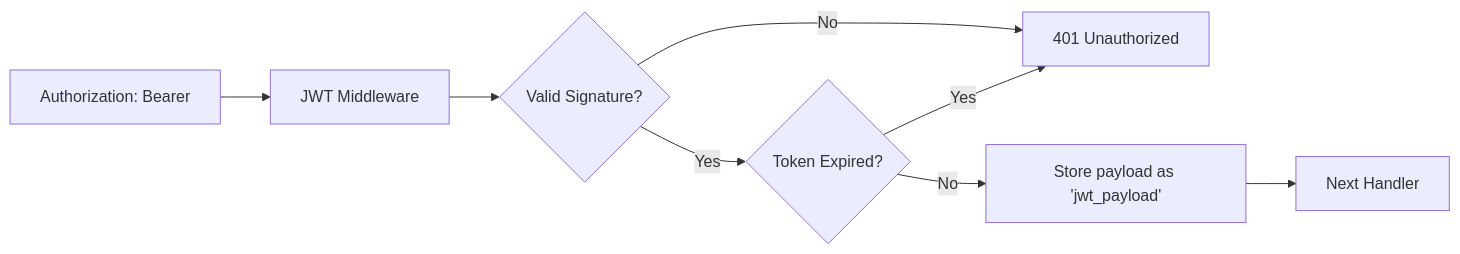
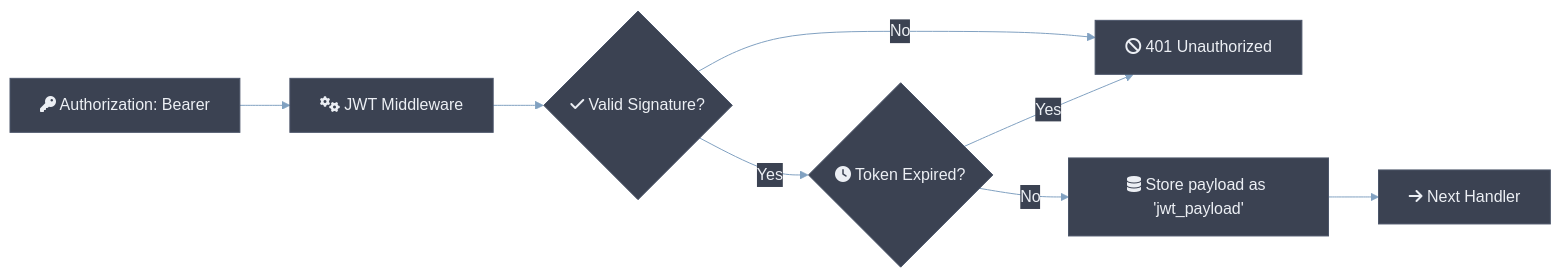
The diagram in docs/module-design/middleware.md (quintin-lee/csilk), drawn with Mermaid before and after one commit. The commit also changed other lines of this file and 30 other files, not shown here.

Commit message:
docs(docs): 📝 apply Nord Mermaid theme, RFC 2119 keywords, and quantified metrics to all docs

````diff
--- a/docs/module-design/middleware.md
+++ b/docs/module-design/middleware.md
@@ -39,10 +39,32 @@
 ```mermaid
+%%{init: {
+  'theme': 'base',
+  'themeVariables': {
+    'background': '#2E3440',
+    'primaryColor': '#81A1C1',
+    'primaryBorderColor': '#4C566A',
+    'primaryTextColor': '#ECEFF4',
+    'secondaryColor': '#3B4252',
+    'secondaryBorderColor': '#434C5E',
+    'secondaryTextColor': '#D8DEE9',
+    'lineColor': '#81A1C1',
+    'textColor': '#ECEFF4',
+    'mainBkg': '#3B4252',
+    'nodeBorder': '#4C566A',
+    'clusterBkg': '#2E3440',
+    'clusterBorder': '#4C566A',
+    'titleColor': '#ECEFF4',
+    'edgeLabelBackground': '#3B4252',
+    'nodeTextColor': '#ECEFF4'
+  },
+  'flowchart': {'htmlLabels': true, 'curve': 'basis'}
+}}%%
 flowchart LR
-    A["Authorization: Bearer <token>"] --> B["JWT Middleware"]
-    B --> C{"Valid Signature?"}
-    C -- No --> D["401 Unauthorized"]
-    C -- Yes --> E{"Token Expired?"}
+    A["fa:fa-key Authorization: Bearer <token>"] --> B["fa:fa-cogs JWT Middleware"]
+    B --> C{"fa:fa-check Valid Signature?"}
+    C -- No --> D["fa:fa-ban 401 Unauthorized"]
+    C -- Yes --> E{"fa:fa-clock Token Expired?"}
     E -- Yes --> D
-    E -- No --> F["Store payload as 'jwt_payload'"]
-    F --> G["Next Handler"]
+    E -- No --> F["fa:fa-database Store payload as 'jwt_payload'"]
+    F --> G["fa:fa-arrow-right Next Handler"]
 ```
````
